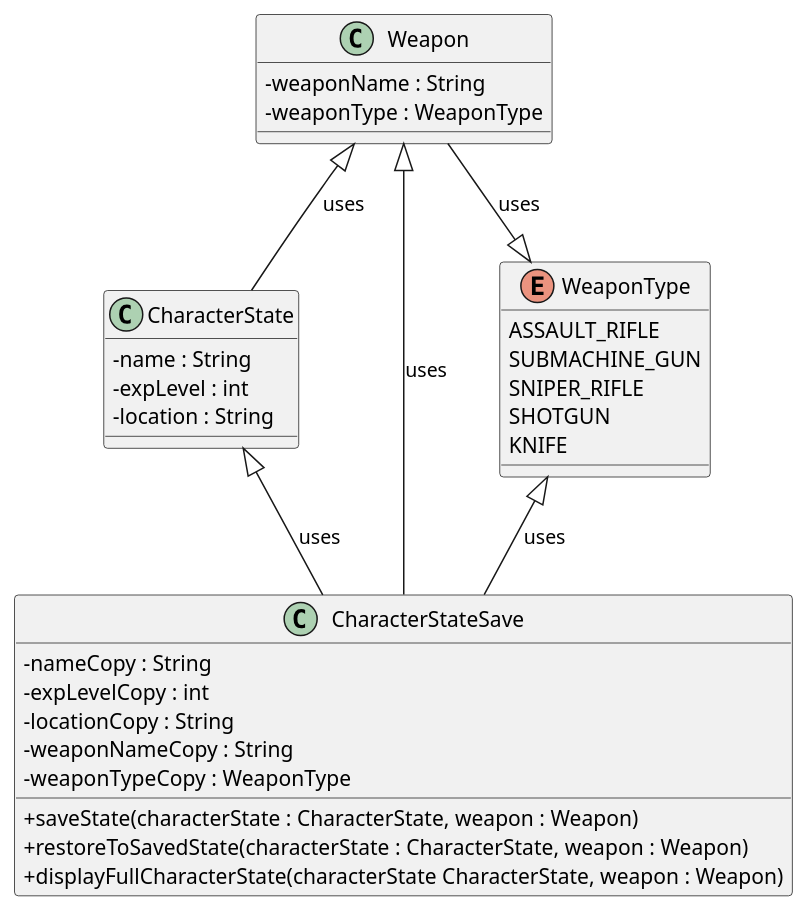
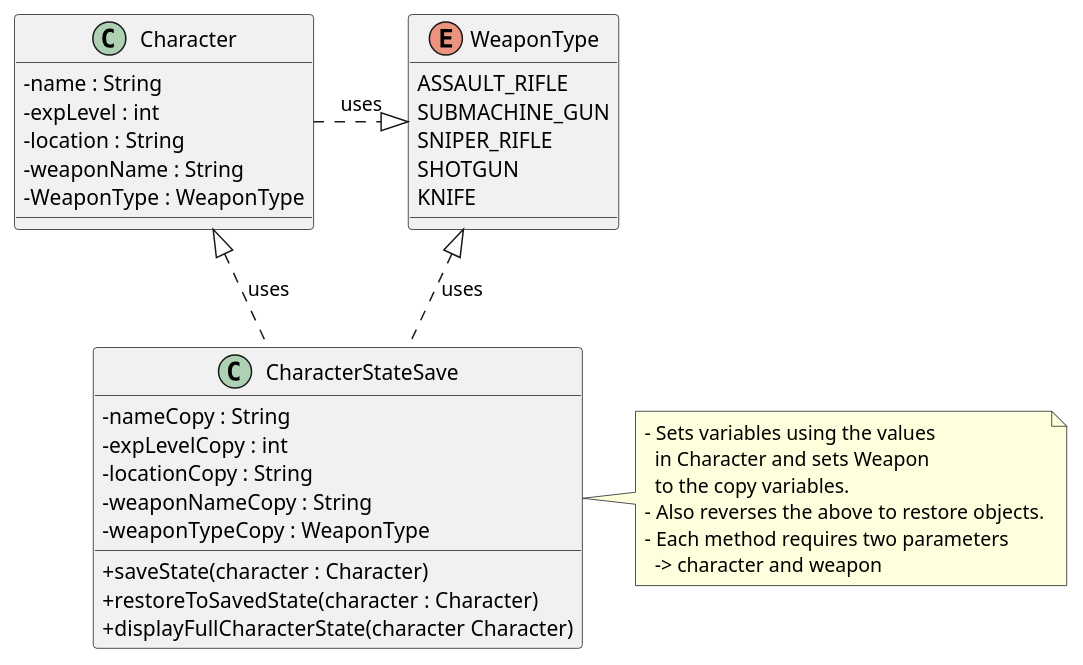
One commit to ShaneMcGinley/Memento changed the diagram in src/OpenWorldGame.puml. Above: the diagram before and after it, drawn with PlantUML. The commit also changed 4 other files, not shown here.

Commit message:
Before Memento is added - Updated Class Diagram and Code for the Program

```diff
--- a/src/OpenWorldGame.puml
+++ b/src/OpenWorldGame.puml
@@ -1,42 +1,46 @@
 @startuml
 skinparam classAttributeIconSize 0
 
-class CharacterState {
+class Character {
 - name : String
 - expLevel : int
 - location : String
+- weaponName : String
+- WeaponType : WeaponType
+
 }
 
 class CharacterStateSave {
 - nameCopy : String
 - expLevelCopy : int
 - locationCopy : String
 - weaponNameCopy : String
 - weaponTypeCopy : WeaponType
 
-+ saveState(characterState : CharacterState, weapon : Weapon)
-+ restoreToSavedState(characterState : CharacterState, weapon : Weapon)
-+ displayFullCharacterState(characterState CharacterState, weapon : Weapon)
++ saveState(character : Character)
++ restoreToSavedState(character : Character)
++ displayFullCharacterState(character Character)
 }
 
-class Weapon {
-- weaponName : String
-- weaponType : WeaponType
+note right {
+- Sets variables using the values
+  in Character and sets Weapon
+  to the copy variables.
+- Also reverses the above to restore objects.
+- Each method requires two parameters
+  -> character and weapon
 }
 
 enum WeaponType {
 ASSAULT_RIFLE
 SUBMACHINE_GUN
 SNIPER_RIFLE
 SHOTGUN
 KNIFE
 }
 
-Weapon --|> WeaponType : uses
-Weapon <|-- CharacterState : uses
-Weapon <|-- CharacterStateSave : uses
-WeaponType <|-- CharacterStateSave : uses
-CharacterState <|-- CharacterStateSave : uses
-
+Character .|> WeaponType : uses
+WeaponType <|.. CharacterStateSave : uses
+Character <|.. CharacterStateSave : uses
 
 @enduml
```
